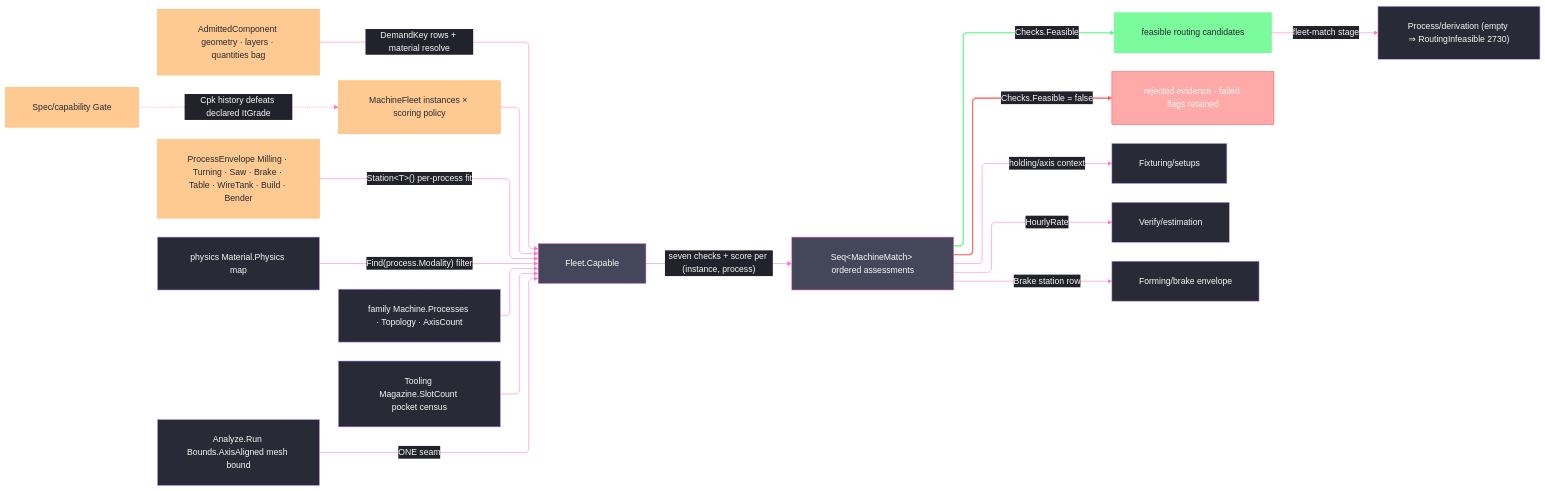
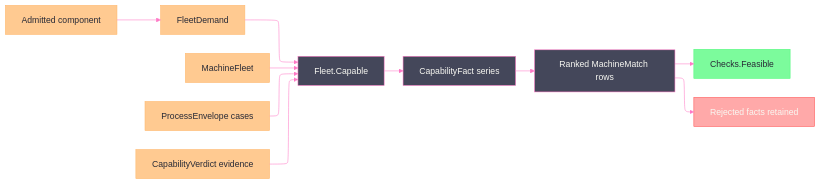
Before and after one commit to bsamiee/Rasm: the diagram in libs/csharp/Rasm.Fabrication/.planning/Kinematics/fleet.md, drawn with Mermaid. The commit also changed other lines of this file and 67 other files, not shown here.

````diff
--- a/libs/csharp/Rasm.Fabrication/.planning/Kinematics/fleet.md
+++ b/libs/csharp/Rasm.Fabrication/.planning/Kinematics/fleet.md
@@ -390,56 +1090,39 @@
 ```mermaid
 ---
 config:
   theme: base
   look: classic
   layout: elk
-  flowchart:
-    curve: linear
-    padding: 25
   themeVariables:
     darkMode: true
     fontFamily: "SF Mono, Menlo, Cascadia Mono, Segoe UI Mono, Consolas, monospace"
     useGradient: false
     dropShadow: "none"
     background: "#282A36"
     primaryColor: "#44475A"
     primaryTextColor: "#F8F8F2"
     primaryBorderColor: "#BD93F9"
     lineColor: "#FF79C6"
     textColor: "#F8F8F2"
-    edgeLabelBackground: "#21222C"
-    labelBackgroundColor: "#21222C"
-  themeCSS: ".nodeLabel{font-size:13px;font-weight:500}.edgeLabel{font-size:12px;font-weight:500}.cluster-label .nodeLabel{font-size:13.5px;font-weight:700;letter-spacing:.08em}.edge-thickness-normal{stroke-width:2px}.edge-thickness-thick{stroke-width:3px}.edge-pattern-dashed,.edge-pattern-dotted{stroke-width:1.5px;stroke-dasharray:4 6}.node rect,.node circle,.node polygon,.node path,.node .outer-path{stroke-width:1.5px;filter:none!important}.cluster rect{stroke-width:1px!important;stroke-dasharray:5 4!important;filter:none!important}.marker path{transform:scale(.8);transform-origin:5px 5px}.marker circle{transform:scale(.48);transform-origin:5px 5px}.edgeLabel rect{transform-box:fill-box;transform-origin:center;transform:scale(1.1,1.2)}"
 ---
 flowchart LR
-    accTitle: Machine-fleet capability assessment
-    accDescr: Fleet.Capable preserves rejected checks and ranks feasible machine-process pairs by excess capability.
-    Component["AdmittedComponent geometry · layers · quantities bag"] -->|DemandKey rows + material resolve| Capable["Fleet.Capable"]
-    Registry["MachineFleet instances × scoring policy"] --> Capable
-    Stations["ProcessEnvelope Milling · Turning · Saw · Brake · Table · WireTank · Build · Bender"] -->|"Station&lt;T&gt;() per-process fit"| Capable
-    Physics["physics Material.Physics map"] -->|"Find(process.Modality) filter"| Capable
-    Family["family Machine.Processes · Topology · AxisCount"] --> Capable
-    Magazine["Tooling Magazine.SlotCount pocket census"] --> Capable
-    Kernel["Analyze.Run Bounds.AxisAligned mesh bound"] -->|ONE seam| Capable
-    Capable -->|"seven checks + score per (instance, process)"| Matches["Seq&lt;MachineMatch&gt; ordered assessments"]
-    Matches -->|Checks.Feasible| Feasible["feasible routing candidates"]
-    Matches -->|"Checks.Feasible = false"| Rejected["rejected evidence · failed flags retained"]
-    Feasible -->|fleet-match stage| Derivation["Process/derivation (empty ⇒ RoutingInfeasible 2730)"]
-    Matches -->|holding/axis context| Setups["Fixturing/setups"]
-    Matches -->|HourlyRate| Estimation["Verify/estimation"]
-    Matches -->|Brake station row| Brake["Forming/brake envelope"]
-    Capability["Spec/capability Gate"] -.->|Cpk history defeats declared ItGrade| Registry
-    class Component,Registry,Stations,Capability data
-    class Capable primary
-    class Physics,Family,Magazine,Kernel,Derivation,Setups,Estimation,Brake boundary
-    class Matches primary
-    class Feasible success
-    class Rejected error
+    accTitle: Fleet capability lifecycle
+    accDescr: Component geometry, material, and typed demand cross admitted shop instances and station cases into retained criterion evidence, then rank feasible rows by excess capability, reliability, and energy.
+    Component["Admitted component"] --> Demand["FleetDemand"]
+    Registry["MachineFleet"] --> Join["Fleet.Capable"]
+    Demand --> Join
+    Stations["ProcessEnvelope cases"] --> Join
+    History["CapabilityVerdict evidence"] --> Join
+    Join --> Facts["CapabilityFact series"]
+    Facts --> Matches["Ranked MachineMatch rows"]
+    Matches --> Feasible["Checks.Feasible"]
+    Matches --> Rejected["Rejected facts retained"]
     classDef primary fill:#44475A,stroke:#FF79C6,color:#F8F8F2
     classDef success fill:#50FA7BBF,stroke:#50FA7B,color:#282A36
     classDef data fill:#FFB86CBF,stroke:#FFB86C,color:#282A36
-    classDef boundary fill:#282A36,stroke:#BD93F9,color:#F8F8F2
     classDef error fill:#FF555580,stroke:#FF5555,color:#F8F8F2
-    linkStyle 8 stroke:#50FA7B,stroke-width:2px
-    linkStyle 9 stroke:#FF5555,stroke-width:2px
+    class Component,Registry,Stations,History,Demand data
+    class Join,Facts,Matches primary
+    class Feasible success
+    class Rejected error
 ```
````
